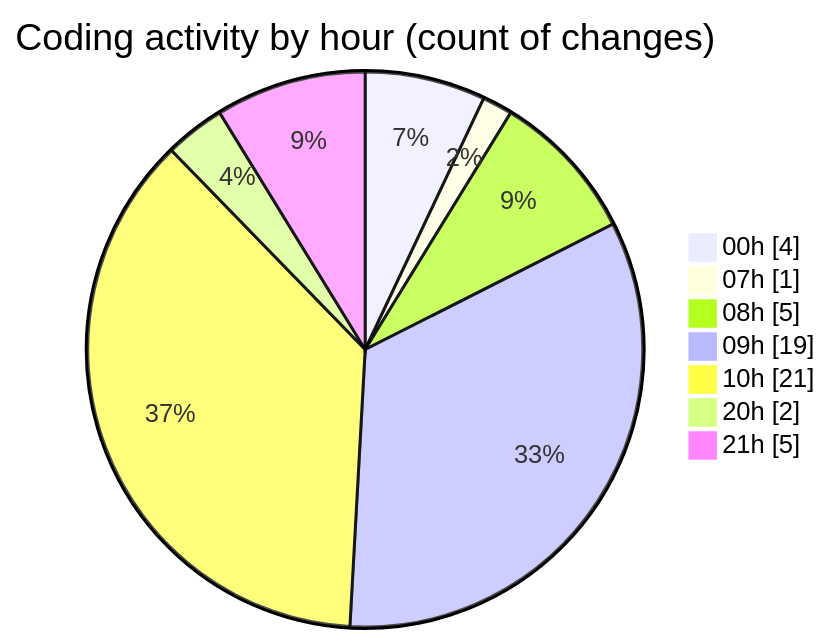
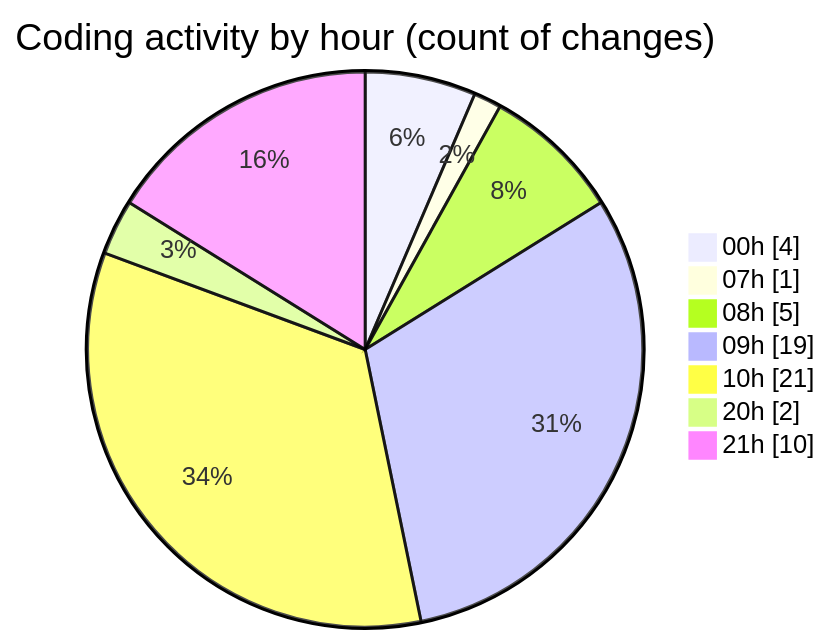
One commit to Elitesun/code-tracking changed the second of 2 diagrams in 2025-05-08/niten/README.md. Above: the diagram before and after it, drawn with Mermaid. The commit also changed other lines of this file and 1 other file, not shown here.

````diff
--- a/2025-05-08/niten/README.md
+++ b/2025-05-08/niten/README.md
@@ -47,11 +50,11 @@
 ```mermaid
 pie showData
 title Coding activity by hour (count of changes)
 "00h" : 4
 "07h" : 1
 "08h" : 5
 "09h" : 19
 "10h" : 21
 "20h" : 2
-"21h" : 5
+"21h" : 10
 ```
````
